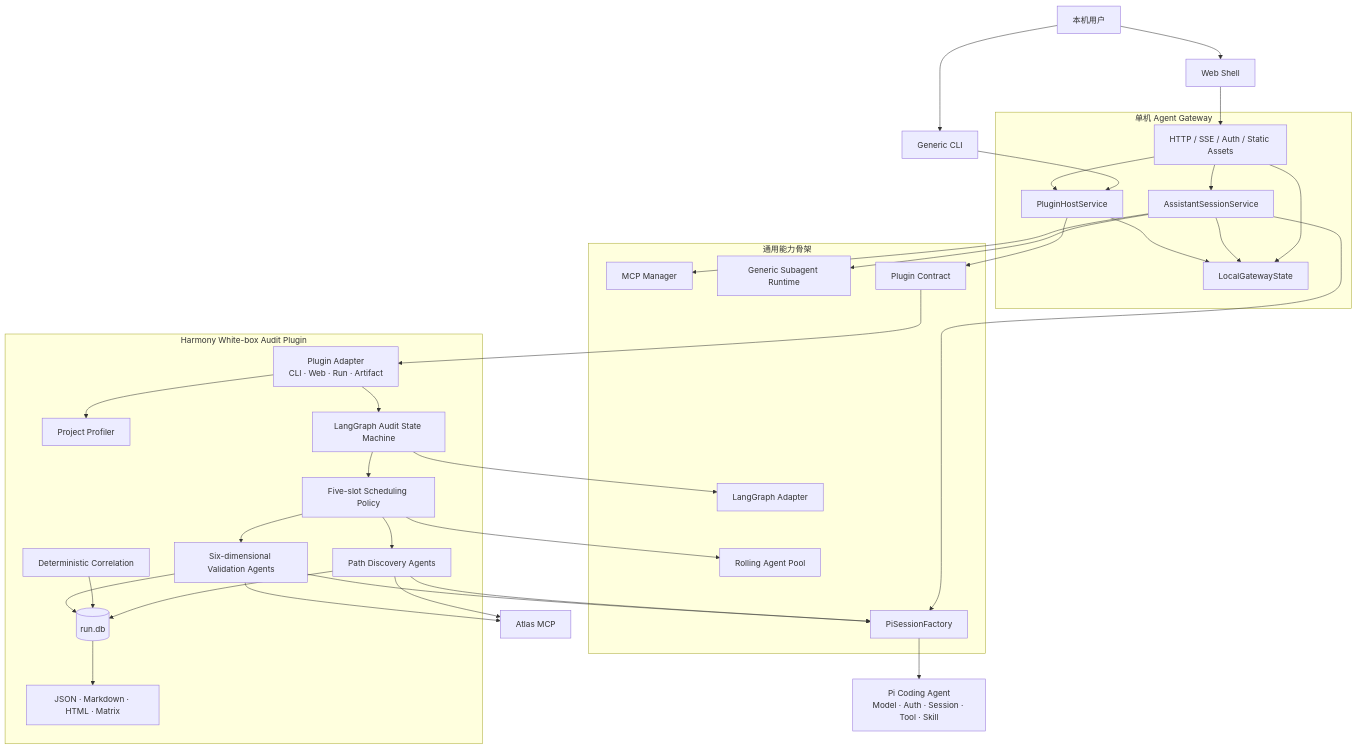
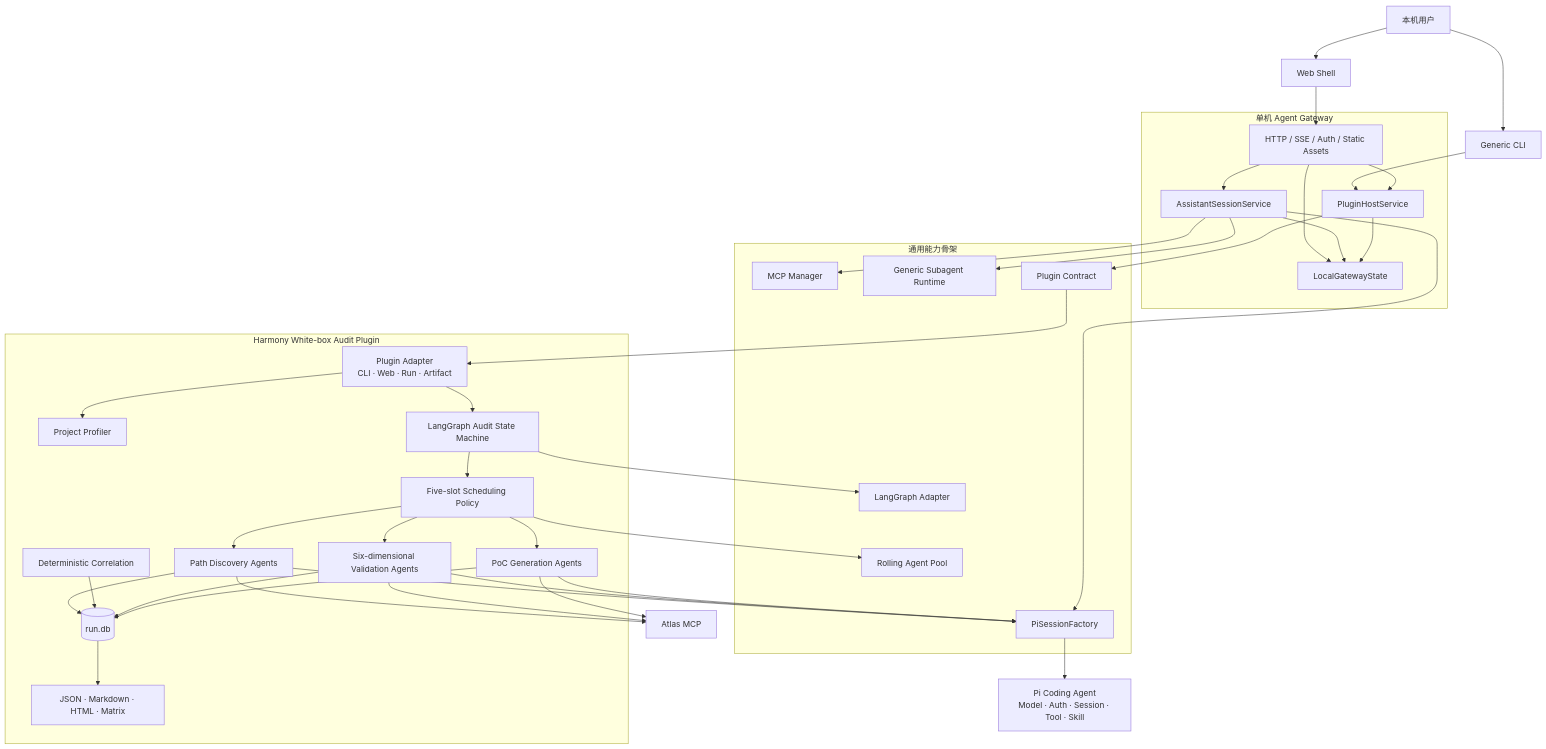
Before and after one commit to JiJunmo/harmonySecAnalyzer: the diagram in docs/架构图-已实现.md, drawn with Mermaid. The commit also changed other lines of this file and 11 other files, not shown here.

First line of the commit message:
docs: sync pipeline docs to three-phase architecture and add diagrams

````diff
--- a/docs/架构图-已实现.md
+++ b/docs/架构图-已实现.md
@@ -5,64 +5,69 @@
 ```mermaid
 flowchart TB
     User["本机用户"] --> Web["Web Shell"]
     User --> CLI["Generic CLI"]
 
     subgraph Gateway["单机 Agent Gateway"]
         Server["HTTP / SSE / Auth / Static Assets"]
         AssistantService["AssistantSessionService"]
         PluginHost["PluginHostService"]
         State["LocalGatewayState"]
     end
 
     Web --> Server
     CLI --> PluginHost
     Server --> AssistantService
     Server --> PluginHost
     Server --> State
     AssistantService --> State
     PluginHost --> State
 
     subgraph Core["通用能力骨架"]
         PiFactory["PiSessionFactory"]
         MCP["MCP Manager"]
         Subagents["Generic Subagent Runtime"]
         Contract["Plugin Contract"]
         Pool["Rolling Agent Pool"]
         GraphAdapter["LangGraph Adapter"]
     end
 
     AssistantService --> PiFactory
     AssistantService --> MCP
     AssistantService --> Subagents
     PluginHost --> Contract
     PiFactory --> Pi["Pi Coding Agent<br/>Model · Auth · Session · Tool · Skill"]
 
     subgraph Harmony["Harmony White-box Audit Plugin"]
         Adapter["Plugin Adapter<br/>CLI · Web · Run · Artifact"]
         Profiler["Project Profiler"]
         AuditGraph["LangGraph Audit State Machine"]
         HarmonyPool["Five-slot Scheduling Policy"]
         Semantic["Path Discovery Agents"]
         Validation["Six-dimensional Validation Agents"]
+        Poc["PoC Generation Agents"]
         Correlation["Deterministic Correlation"]
         Store[("run.db")]
         Reports["JSON · Markdown · HTML · Matrix"]
     end
 
     Contract --> Adapter
     Adapter --> Profiler
     Adapter --> AuditGraph
     AuditGraph --> GraphAdapter
     AuditGraph --> HarmonyPool
     HarmonyPool --> Pool
     HarmonyPool --> Semantic
     HarmonyPool --> Validation
+    HarmonyPool --> Poc
     Semantic --> Atlas["Atlas MCP"]
     Validation --> Atlas
+    Poc --> Atlas
     Semantic --> PiFactory
     Validation --> PiFactory
+    Poc --> PiFactory
     Semantic --> Store
     Correlation --> Store
     Validation --> Store
+    Poc --> Store
     Store --> Reports
 ```
````
